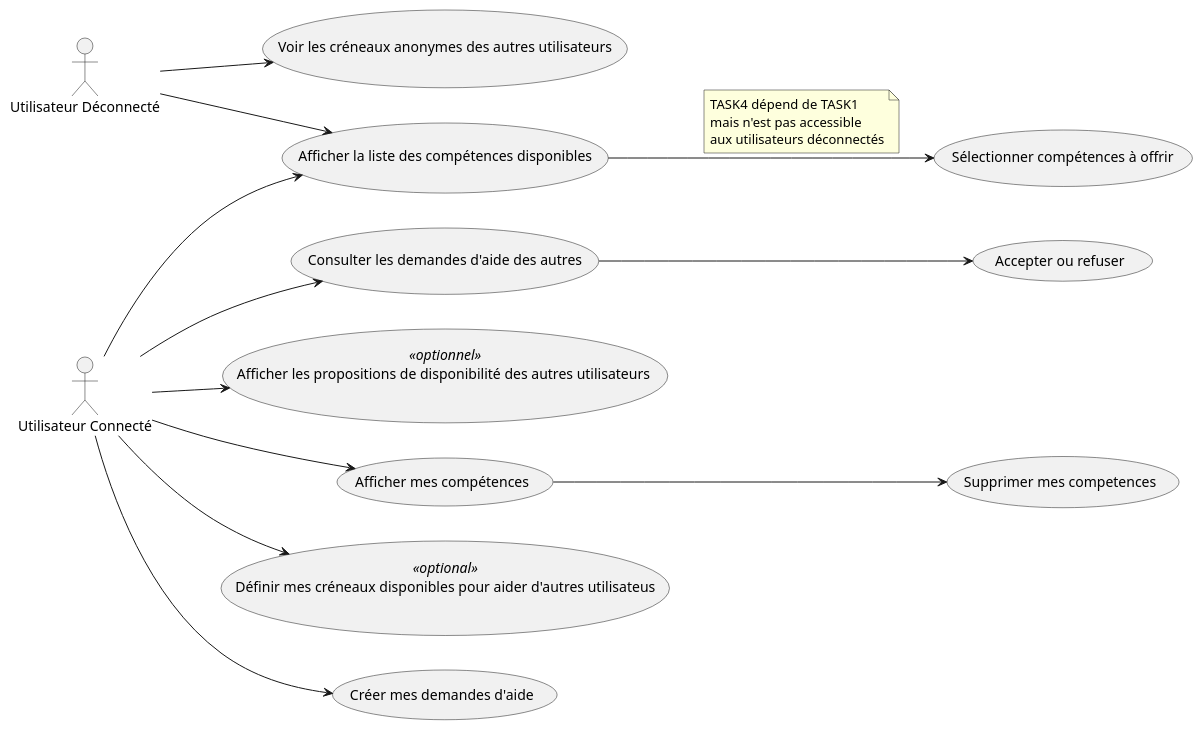
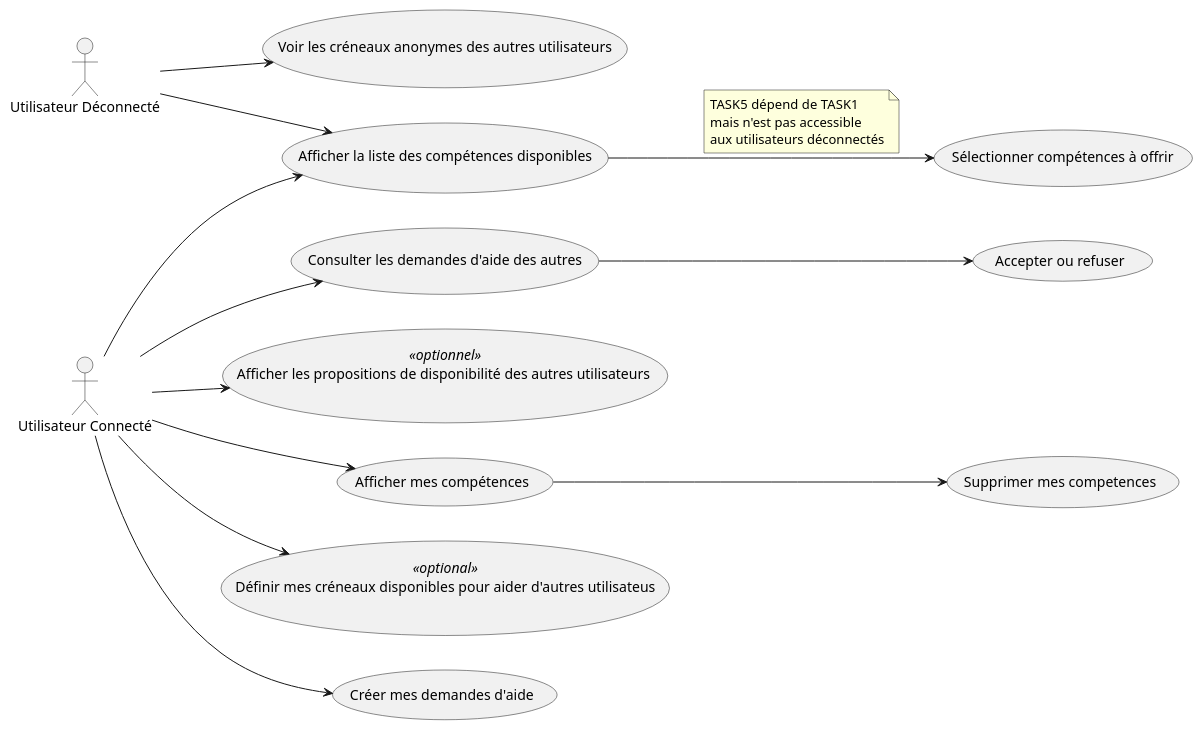
Before and after one commit to rdpt03/FMS-PYDJANGO-EVAL-Partage-Competences: the diagram in Docs/use_cases.puml, drawn with PlantUML.

Commit message:
reorganise tasks numbers

```diff
--- a/Docs/use_cases.puml
+++ b/Docs/use_cases.puml
@@ -1,56 +1,56 @@
 @startuml
 left to right direction
 
 ' ------acteurs------
 :Utilisateur Déconnecté: as DiscPerson
 :Utilisateur Connecté: as ConnectedPerson
 
 ' ------Tâches pour tous------
 (Afficher la liste des compétences disponibles) as TASK2
 (Voir les créneaux anonymes des autres utilisateurs) as TASK1
 
 ' ------Tâches spécifiques pour utilisateur connecté------
 ' mes competences
 (Afficher mes compétences) as TASK3
-(Supprimer mes competences) as TASK3_BIS
-(Sélectionner compétences à offrir) as TASK4
+(Supprimer mes competences) as TASK4
+(Sélectionner compétences à offrir) as TASK5
 
 
 ' creneaux
-(Définir mes créneaux disponibles pour aider d'autres utilisateus) <<optional>> as TASK5_OPT
+(Définir mes créneaux disponibles pour aider d'autres utilisateus) <<optional>> as TASK6_OPT
 
 'mes demandes d'aide et volontariat
-(Créer mes demandes d'aide) as TASK6
+(Créer mes demandes d'aide) as TASK7
 
 ' celles des autres
-(Consulter les demandes d'aide des autres) as TASK7
-(Accepter ou refuser) as TASK8
+(Consulter les demandes d'aide des autres) as TASK8
+(Accepter ou refuser) as TASK9
 
-(Afficher les propositions de disponibilité des autres utilisateurs ) <<optionnel>> as TASK9_OPT
+(Afficher les propositions de disponibilité des autres utilisateurs ) <<optionnel>> as TASK10_OPT
 
 
 
 ' ------Les Flux------
 ' Flux pour utilisateur déconnecté
 DiscPerson --> TASK1
 DiscPerson --> TASK2
 
 ' Flux pour utilisateur connecté
 ConnectedPerson --> TASK2
 ConnectedPerson --> TASK3
-TASK2 --> TASK4
+TASK2 --> TASK5
 ' Note explicative
 note on link
-TASK4 dépend de TASK1
+TASK5 dépend de TASK1
 mais n'est pas accessible
 aux utilisateurs déconnectés
 end note
-TASK3 --> TASK3_BIS
-ConnectedPerson --> TASK5_OPT
-ConnectedPerson --> TASK6
+TASK3 --> TASK4
+ConnectedPerson --> TASK6_OPT
 ConnectedPerson --> TASK7
-TASK7 --> TASK8
-ConnectedPerson --> TASK9_OPT
+ConnectedPerson --> TASK8
+TASK8 --> TASK9
+ConnectedPerson --> TASK10_OPT
 
 
 @enduml
```
